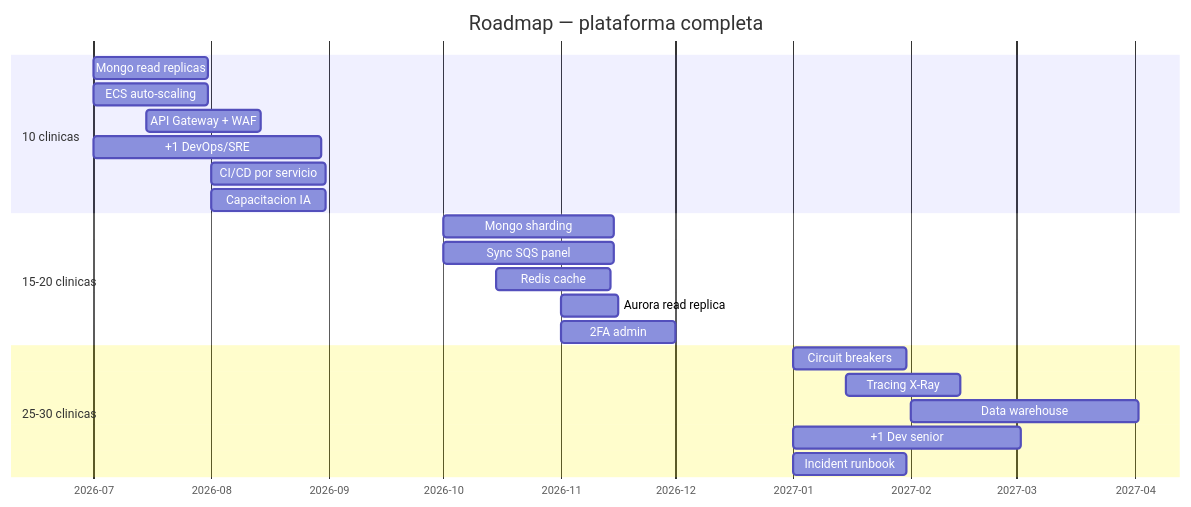
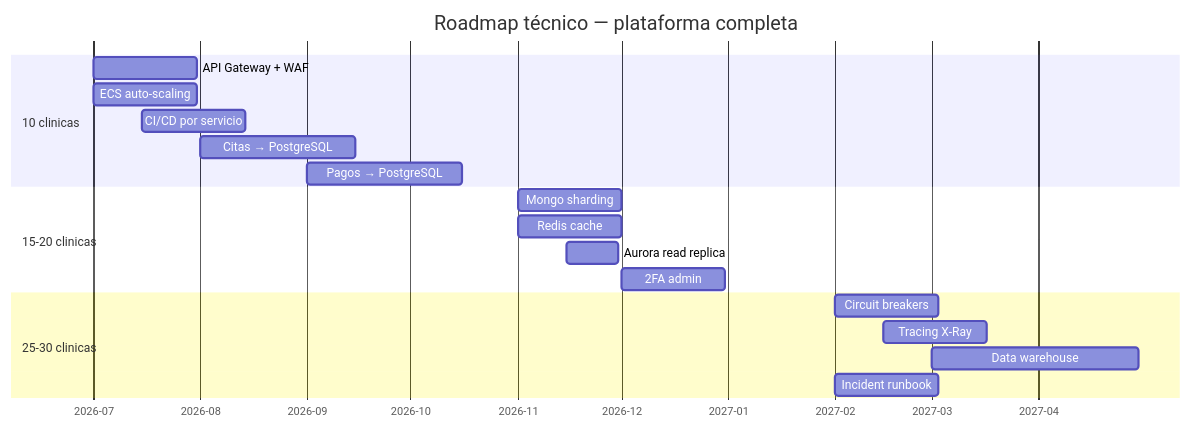
Before and after one commit to gmeono94/nua-salud-panel: diagram 20 of 20 in README.md, drawn with Mermaid. The commit also changed other lines of this file, not shown here.

First line of the commit message:
docs: comprehensive README rewrite with CTO-level architecture decisions

````diff
--- a/README.md
+++ b/README.md
@@ -923,28 +1019,25 @@
 ```mermaid
 gantt
-    title Roadmap — plataforma completa
+    title Roadmap técnico — plataforma completa
     dateFormat YYYY-MM-DD
     axisFormat %Y-%m
 
     section 10 clinicas
-    Mongo read replicas   :2026-07-01, 30d
+    API Gateway + WAF     :2026-07-01, 30d
     ECS auto-scaling      :2026-07-01, 30d
-    API Gateway + WAF     :2026-07-15, 30d
-    +1 DevOps/SRE         :2026-07-01, 60d
-    CI/CD por servicio    :2026-08-01, 30d
-    Capacitacion IA       :2026-08-01, 30d
+    CI/CD por servicio    :2026-07-15, 30d
+    Citas → PostgreSQL    :2026-08-01, 45d
+    Pagos → PostgreSQL    :2026-09-01, 45d
 
     section 15-20 clinicas
-    Mongo sharding        :2026-10-01, 45d
-    Sync SQS panel        :2026-10-01, 45d
-    Redis cache           :2026-10-15, 30d
-    Aurora read replica   :2026-11-01, 15d
-    2FA admin             :2026-11-01, 30d
+    Mongo sharding        :2026-11-01, 30d
+    Redis cache           :2026-11-01, 30d
+    Aurora read replica   :2026-11-15, 15d
+    2FA admin             :2026-12-01, 30d
 
     section 25-30 clinicas
-    Circuit breakers      :2027-01-01, 30d
-    Tracing X-Ray         :2027-01-15, 30d
-    Data warehouse        :2027-02-01, 60d
-    +1 Dev senior         :2027-01-01, 60d
-    Incident runbook      :2027-01-01, 30d
+    Circuit breakers      :2027-02-01, 30d
+    Tracing X-Ray         :2027-02-15, 30d
+    Data warehouse        :2027-03-01, 60d
+    Incident runbook      :2027-02-01, 30d
 ```
````
